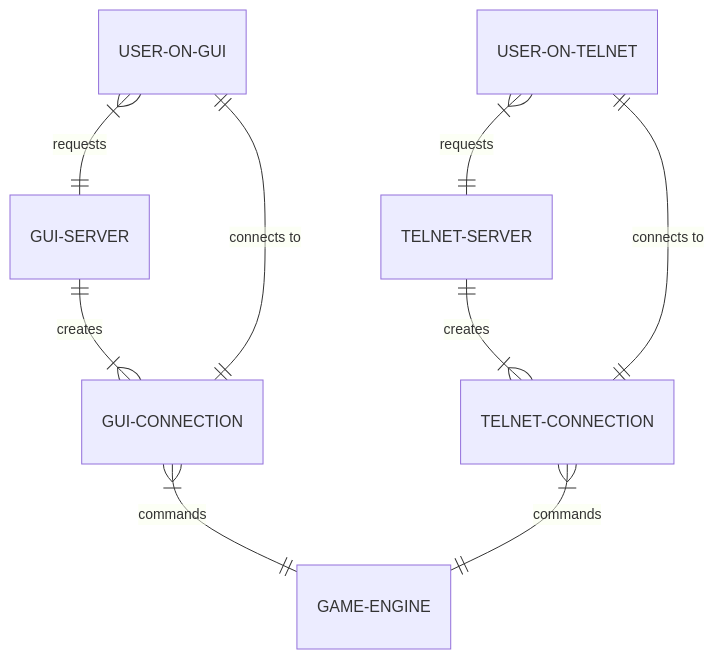
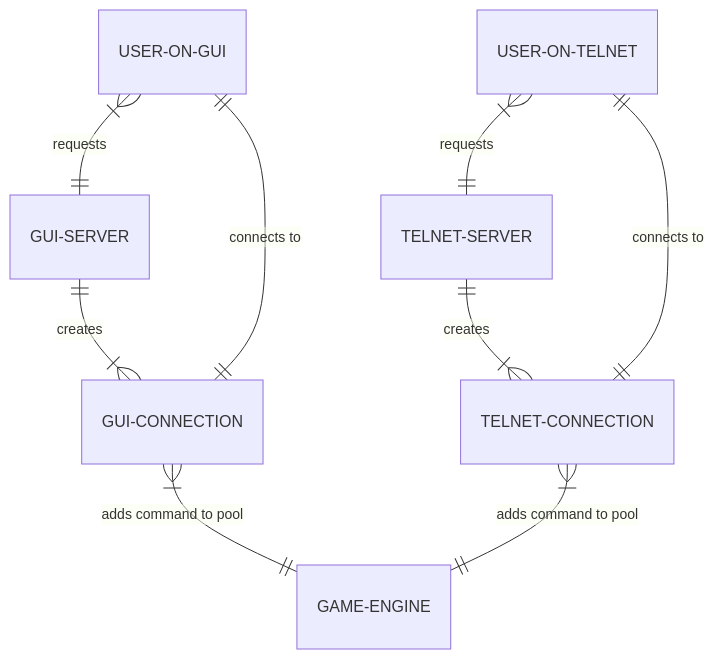
One commit to mrtheduts/powderpunk_mmo changed the diagram in docs/modules_description.md. Above: the diagram before and after it, drawn with Mermaid. The commit also changed 17 other files, not shown here.

Commit message:
Minor change in folder structure, future modules added and moved mindmap

````diff
--- a/docs/modules_description.md
+++ b/docs/modules_description.md
@@ -6,14 +6,14 @@
 ```mermaid
 erDiagram
 
     USER-ON-GUI }|--|| GUI-SERVER: "requests"
     GUI-SERVER ||--|{ GUI-CONNECTION: "creates"
     USER-ON-GUI ||--|| GUI-CONNECTION: "connects to"
 
     USER-ON-TELNET }|--|| TELNET-SERVER: "requests"
     TELNET-SERVER ||--|{ TELNET-CONNECTION: "creates"
     USER-ON-TELNET ||--|| TELNET-CONNECTION: "connects to"
 
-    GUI-CONNECTION }|--|| GAME-ENGINE: "commands"
-    TELNET-CONNECTION }|--|| GAME-ENGINE: "commands"
+    GUI-CONNECTION }|--|| GAME-ENGINE: "adds command to pool"
+    TELNET-CONNECTION }|--|| GAME-ENGINE: "adds command to pool"
 ```
````
